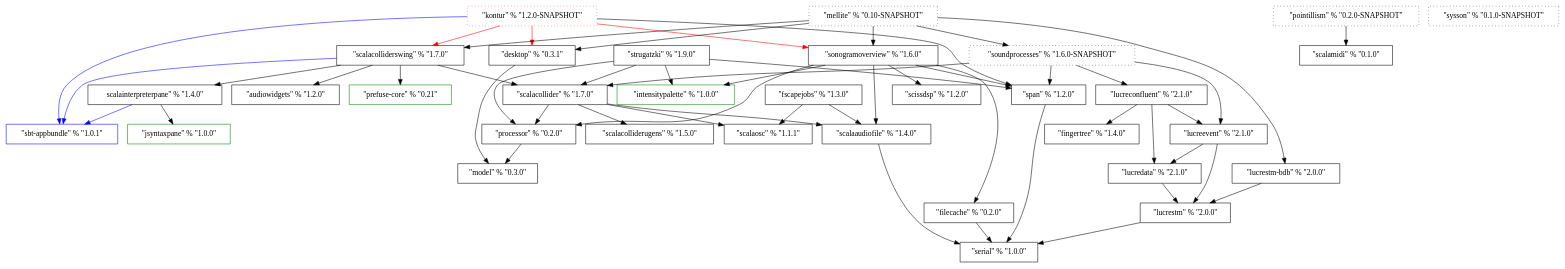
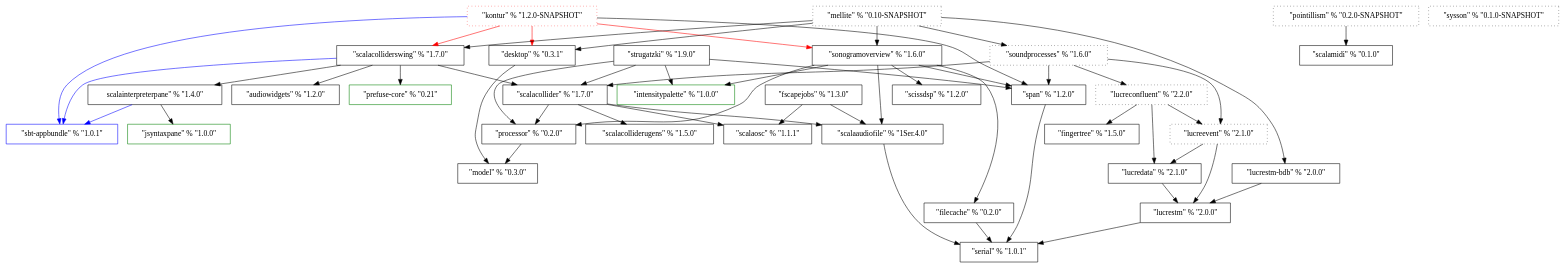
One commit to Sciss/HistoricalCode changed the diagram in ProjectDependencies/dep.dot. Above: the diagram before and after it, drawn with Graphviz.

```diff
--- a/ProjectDependencies/dep.dot
+++ b/ProjectDependencies/dep.dot
@@ -1,88 +1,88 @@
 digraph G {
 	AudioWidgets [label="\"audiowidgets\" % \"1.2.0\"", shape=box];
 	Desktop [label="\"desktop\" % \"0.3.1\"", shape=Box];
 	FileCache [label="\"filecache\" % \"0.2.0\"", shape=Box];
-	FingerTree [label="\"fingertree\" % \"1.4.0\"", shape=Box];
+	FingerTree [label="\"fingertree\" % \"1.5.0\"", shape=Box];
 	FScapeJobs [label="\"fscapejobs\" % \"1.3.0\"", shape=box];
 	IntensityPalette [label="\"intensitypalette\" % \"1.0.0\"", shape=Box, color=green];
 	JSyntaxPane [label="\"jsyntaxpane\" % \"1.0.0\"", shape=Box, color=green];
 	Kontur [label="\"kontur\" % \"1.2.0-SNAPSHOT\"", shape=Box, style=dotted, color=red];
-	LucreConfluent [label="\"lucreconfluent\" % \"2.1.0\"", shape=Box];
+	LucreConfluent [label="\"lucreconfluent\" % \"2.2.0\"", shape=Box, style=dotted];
 	LucreData [label="\"lucredata\" % \"2.1.0\"", shape=Box];
-	LucreEvent [label="\"lucreevent\" % \"2.1.0\"", shape=Box];
+	LucreEvent [label="\"lucreevent\" % \"2.1.0\"", shape=Box, style=dotted];
 	LucreSTM [label="\"lucrestm\" % \"2.0.0\"", shape=Box];
 	LucreSTM_BDB [label="\"lucrestm-bdb\" % \"2.0.0\"", shape=Box];
 	Mellite [label="\"mellite\" % \"0.10-SNAPSHOT\"", shape=Box, style=dotted];
 	Model [label="\"model\" % \"0.3.0\"", shape=Box];
 	PrefuseCore [label="\"prefuse-core\" % \"0.21\"", shape=Box, color=green];
 	Pointillism [label="\"pointillism\" % \"0.2.0-SNAPSHOT\"", shape=Box, style=dotted];
 	Processor [label="\"processor\" % \"0.2.0\"", shape=Box];
 	SbtAppbundle [label="\"sbt-appbundle\" % \"1.0.1\"", shape=Box, color=blue];
 	ScalaOSC [label="\"scalaosc\" % \"1.1.1\"", shape=box];
-	ScalaAudioFile [label="\"scalaaudiofile\" % \"1.4.0\"", shape=box];
+	ScalaAudioFile [label="\"scalaaudiofile\" % \"1Ser.4.0\"", shape=box];
 	ScalaCollider [label="\"scalacollider\" % \"1.7.0\"", shape=Box];
 	ScalaColliderSwing [label="\"scalacolliderswing\" % \"1.7.0\"", shape=Box];
 	ScalaColliderUGens [label="\"scalacolliderugens\" % \"1.5.0\"", shape=Box];
 	ScalaInterpreterPane [label="\scalainterpreterpane\" % \"1.4.0\"", shape=Box];
 	ScalaMIDI [label="\"scalamidi\" % \"0.1.0\"", shape=Box];
 	ScissDSP [label="\"scissdsp\" % \"1.2.0\"", shape=Box];
-	Serial [label="\"serial\" % \"1.0.0\"", shape=Box];
+	Serial [label="\"serial\" % \"1.0.1\"", shape=Box];
 	SonogramOverview [label="\"sonogramoverview\" % \"1.6.0\"", shape=Box];
-	SoundProcesses [label="\"soundprocesses\" % \"1.6.0-SNAPSHOT\"", shape=Box, style=dotted];
+	SoundProcesses [label="\"soundprocesses\" % \"1.6.0\"", shape=Box, style=dotted];
    Span [label="\"span\" % \"1.2.0\"", shape=box];
 	Strugatzki [label="\"strugatzki\" % \"1.9.0\"", shape=Box];
 	
 	SysSon [label="\"sysson\" % \"0.1.0-SNAPSHOT\"", shape=Box, style=dotted];
 
    Desktop -> Model;	
 	FileCache -> Serial;
 	FScapeJobs -> ScalaOSC;
 	FScapeJobs -> ScalaAudioFile;
 	Kontur -> Desktop [color=red];
 	Kontur -> SbtAppbundle [color=blue];
 	Kontur -> ScalaColliderSwing [color=red];
 	Kontur -> SonogramOverview [color=red];
 	Kontur -> Span;
 	LucreConfluent -> FingerTree;
 	LucreConfluent -> LucreData;
 	LucreConfluent -> LucreEvent;
 	LucreData -> LucreSTM;
 	LucreEvent -> LucreSTM;
    LucreEvent -> LucreData;
    LucreSTM -> Serial;
    LucreSTM_BDB -> LucreSTM;
    Mellite -> Desktop;
 	Mellite -> LucreSTM_BDB;
 	Mellite -> ScalaColliderSwing;
 	Mellite -> SonogramOverview;
 	Mellite -> SoundProcesses;
 	Pointillism -> ScalaMIDI;
 	Processor -> Model;
    ScalaAudioFile -> Serial;
    ScalaCollider -> Processor;
 	ScalaCollider -> ScalaAudioFile;
 	ScalaCollider -> ScalaColliderUGens;
 	ScalaCollider -> ScalaOSC;
 	ScalaColliderSwing -> SbtAppbundle [color=blue];
 	ScalaColliderSwing -> ScalaCollider;
 	ScalaColliderSwing -> ScalaInterpreterPane;
 	ScalaColliderSwing -> PrefuseCore;
 	ScalaColliderSwing -> AudioWidgets;
 	ScalaInterpreterPane -> JSyntaxPane;
 	ScalaInterpreterPane -> SbtAppbundle [color=blue];
 	SonogramOverview -> FileCache;
 	SonogramOverview -> IntensityPalette;
 	SonogramOverview -> Processor;
 	SonogramOverview -> ScalaAudioFile;
 	SonogramOverview -> ScissDSP;
 	SonogramOverview -> Span;
 	SoundProcesses -> ScalaCollider;
 	SoundProcesses -> LucreConfluent;
 	SoundProcesses -> LucreEvent;
 	SoundProcesses -> Span;
 	Span -> Serial;
 	Strugatzki -> IntensityPalette;
 	Strugatzki -> Processor;
 	Strugatzki -> ScalaCollider;
 	Strugatzki -> Span;
 }
```
